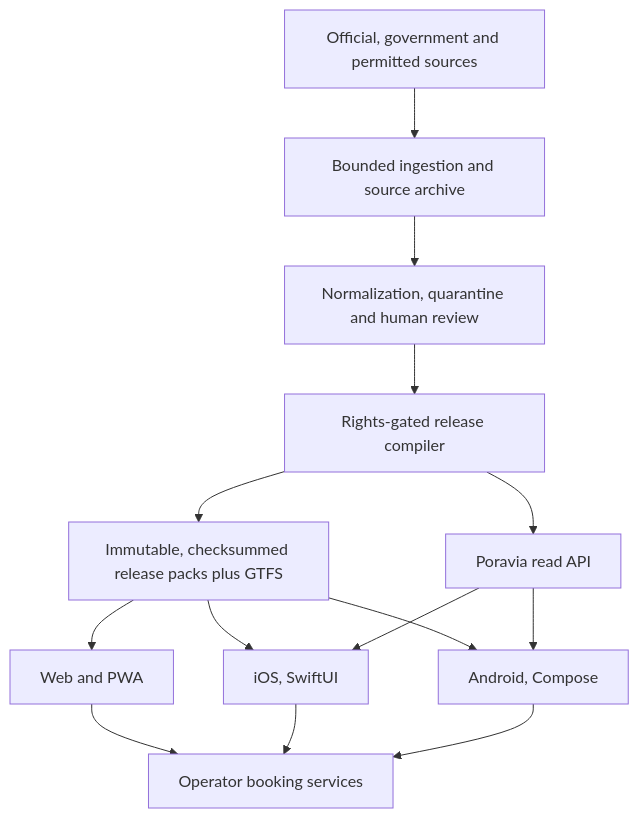
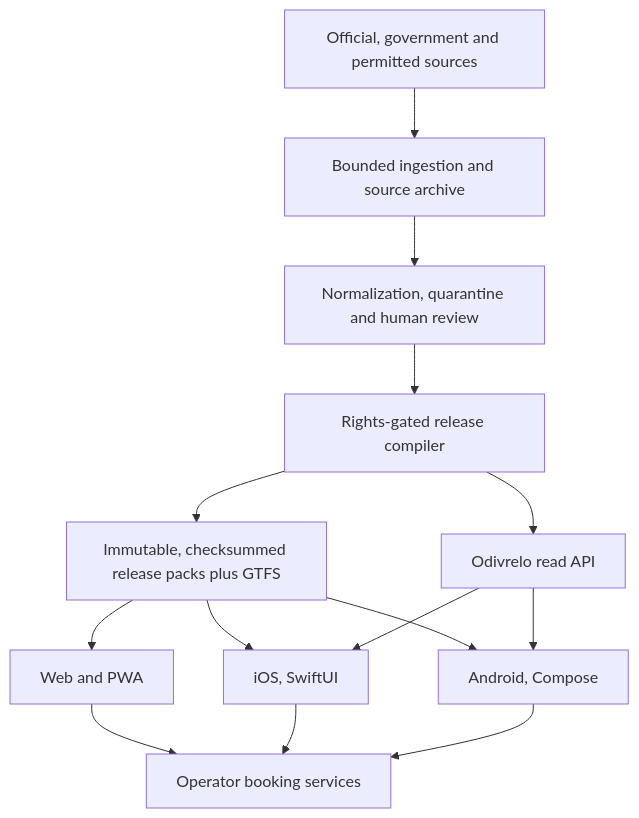
The diagram in README.md (peterdsp/Odivrelo), drawn with Mermaid before and after one commit. The commit also changed other lines of this file and 59 other files, not shown here.

````diff
--- a/README.md
+++ b/README.md
@@ -106,24 +107,24 @@
 ```mermaid
 flowchart TB
     Sources["Official, government and permitted sources"]
     Ingestion["Bounded ingestion and source archive"]
     Review["Normalization, quarantine and human review"]
     Compiler["Rights-gated release compiler"]
     Packs["Immutable, checksummed release packs plus GTFS"]
-    API["Poravia read API"]
+    API["Odivrelo read API"]
     Web["Web and PWA"]
     IOS["iOS, SwiftUI"]
     Android["Android, Compose"]
     Booking["Operator booking services"]
 
     Sources --> Ingestion --> Review --> Compiler --> Packs
     Compiler --> API
     Packs --> Web
     Packs --> IOS
     Packs --> Android
     API --> IOS
     API --> Android
     Web --> Booking
     IOS --> Booking
     Android --> Booking
 ```
````
